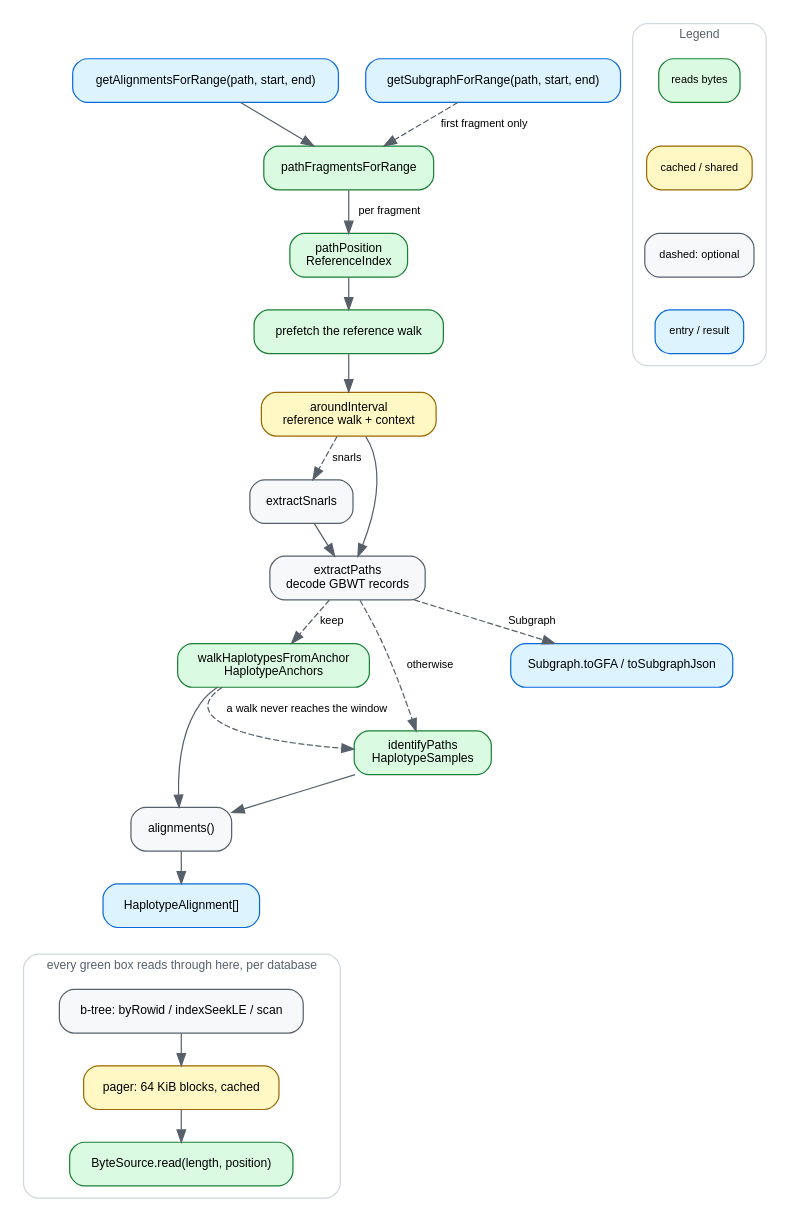
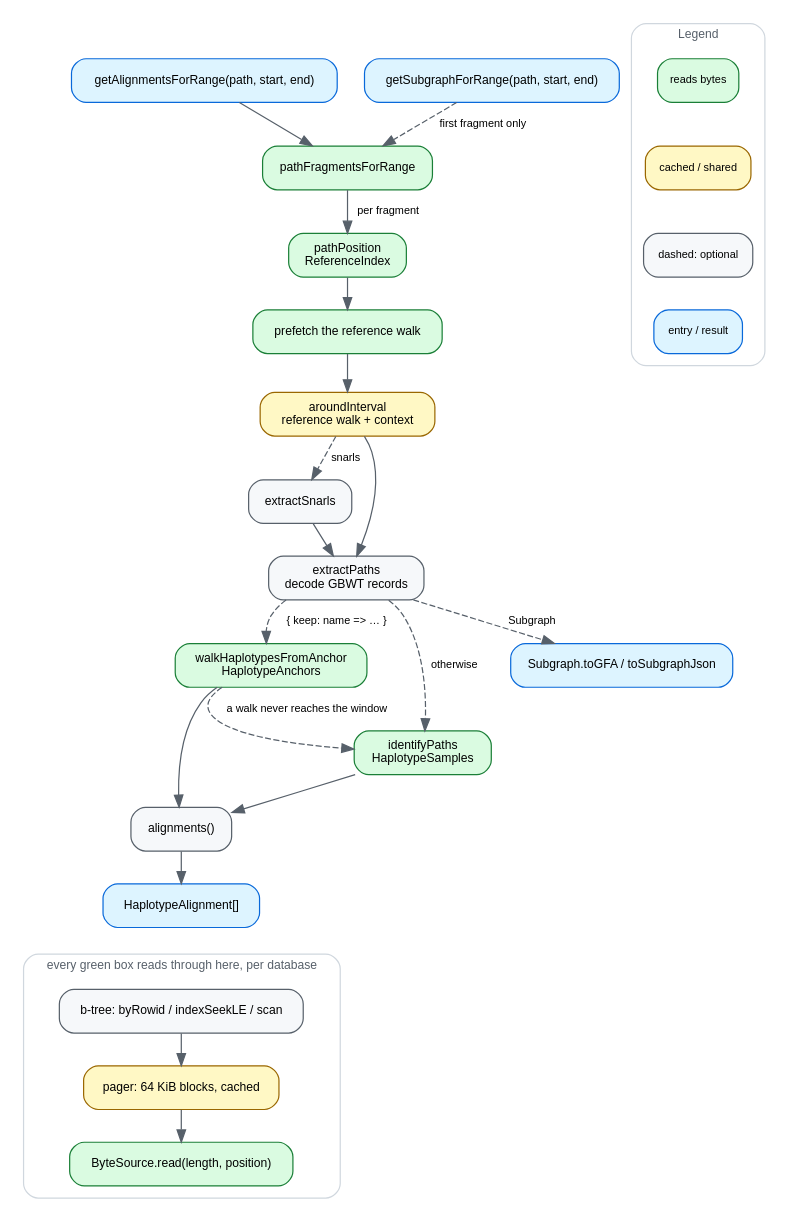
Before and after one commit to GMOD/gbz-base-js: the diagram in docs/img/dataflow.dot, drawn with Graphviz. The commit also changed 4 other files, not shown here.

```diff
--- a/docs/img/dataflow.dot
+++ b/docs/img/dataflow.dot
@@ -1,101 +1,101 @@
 // Source for docs/img/dataflow.svg, which docs/dataflow.md embeds.
 // Regenerate with: dot -Tsvg docs/img/dataflow.dot -o docs/img/dataflow.svg
 //
 // Deliberately the MAIN PATH only — the node and --between queries, snarl
 // extension and the fragment joining are described in dataflow.md instead. A
 // diagram that shows every branch stops being the thing you look at first.
 // The two identification routes ARE in, because which one a query takes is
 // the difference between reading a set of haplotypes and reading the graph.
 // Step labels stay to one or two words past the function name for the same
 // reason; dataflow.md carries the rest.
 //
 // Both entry points are drawn at the top. getSubgraphForRange used to be an
 // edge label between extractPaths and the GFA box, which put the name of a
 // caller at the wrong end of the arrow — it reads as something extractPaths
 // calls. It enters where it really enters, and the arrow out of extractPaths
 // is labelled with what it hands back.
 //
 // The storage cluster hangs off nothing on purpose. Every green box reads
 // through it, and drawing those six edges buried the spine they cross.
 //
 // SYNC: ~/src/gmod/bam-js/docs/img/dataflow.dot — same palette, legend and
 // spine, and tabix-js, cram-js and hic share them too. The orange "wasm" and
 // purple "off the main thread" entries of that legend are absent here rather
 // than restyled: nothing in this reader is wasm (docs/internals.md#why-not-webassembly is why)
 // and it puts nothing on a thread of its own — JBrowse runs the whole thing
 // in an RPC worker instead. The blue "entry / result" entry is this diagram's
 // own addition: the siblings have one entry point and can leave the mark to
 // position, and this one has two.
 digraph gbzbasejs {
   rankdir=TB
   bgcolor="white"
   nodesep=0.3
   ranksep=0.36
   node [shape=box style="filled,rounded" fillcolor="#f6f8fa" color="#57606a"
         fontname="Helvetica" fontsize=10 margin="0.14,0.07"]
   edge [color="#57606a" fontname="Helvetica" fontsize=9]
 
   query    [label="getAlignmentsForRange(path, start, end)" fillcolor="#ddf4ff" color="#0969da"]
   frags    [label="pathFragmentsForRange" fillcolor="#dafbe1" color="#1a7f37"]
   pos      [label="pathPosition\nReferenceIndex" fillcolor="#dafbe1" color="#1a7f37"]
   prefetch [label="prefetch the reference walk" fillcolor="#dafbe1" color="#1a7f37"]
   walk     [label="aroundInterval\nreference walk + context" fillcolor="#fff8c5" color="#9a6700"]
   snarls   [label="extractSnarls"]
   extract  [label="extractPaths\ndecode GBWT records"]
   anchored [label="walkHaplotypesFromAnchor\nHaplotypeAnchors" fillcolor="#dafbe1" color="#1a7f37"]
   sampled  [label="identifyPaths\nHaplotypeSamples" fillcolor="#dafbe1" color="#1a7f37"]
   align    [label="alignments()"]
   out      [label="HaplotypeAlignment[]" fillcolor="#ddf4ff" color="#0969da"]
   sub      [label="getSubgraphForRange(path, start, end)" fillcolor="#ddf4ff" color="#0969da"]
   gfa      [label="Subgraph.toGFA / toSubgraphJson" fillcolor="#ddf4ff" color="#0969da"]
 
   query -> frags
   sub -> frags [style=dashed label=" first fragment only "]
   frags -> pos [label=" per fragment "]
   pos -> prefetch
   prefetch -> walk
   walk -> snarls [style=dashed label=" snarls "]
   walk -> extract
   snarls -> extract
-  extract -> anchored [style=dashed label=" keep " weight=6]
+  extract -> anchored [style=dashed label=" { keep: name => … } " weight=6]
   extract -> sampled [style=dashed label=" otherwise " weight=6]
   anchored -> align
   sampled -> align
   anchored -> sampled [style=dashed label=" a walk never reaches the window "]
   align -> out [weight=10]
   extract -> gfa [style=dashed label=" Subgraph " weight=0]
 
   subgraph cluster_store {
     label="every green box reads through here, per database"
     labelloc="t"
     fontname="Helvetica"
     fontsize=10
     fontcolor="#57606a"
     color="#d0d7de"
     style="rounded"
     margin=10
     btree [label="b-tree: byRowid / indexSeekLE / scan"]
     pager [label="pager: 64 KiB blocks, cached" fillcolor="#fff8c5" color="#9a6700"]
     source [label="ByteSource.read(length, position)" fillcolor="#dafbe1" color="#1a7f37"]
     btree -> pager -> source
   }
 
   out -> btree [style=invis weight=10]
 
   subgraph cluster_legend {
     label="Legend"
     labelloc="t"
     fontname="Helvetica"
     fontsize=10
     fontcolor="#57606a"
     color="#d0d7de"
     style="rounded"
     margin=10
     node [shape=box style="filled,rounded" fontsize=9 margin="0.1,0.04"]
     l1 [label="reads bytes" fillcolor="#dafbe1" color="#1a7f37"]
     l2 [label="cached / shared" fillcolor="#fff8c5" color="#9a6700"]
     l3 [label="dashed: optional" fillcolor="#f6f8fa" color="#57606a"]
     l4 [label="entry / result" fillcolor="#ddf4ff" color="#0969da"]
     l1 -> l2 -> l3 -> l4 [style=invis constraint=true]
   }
 }
```
